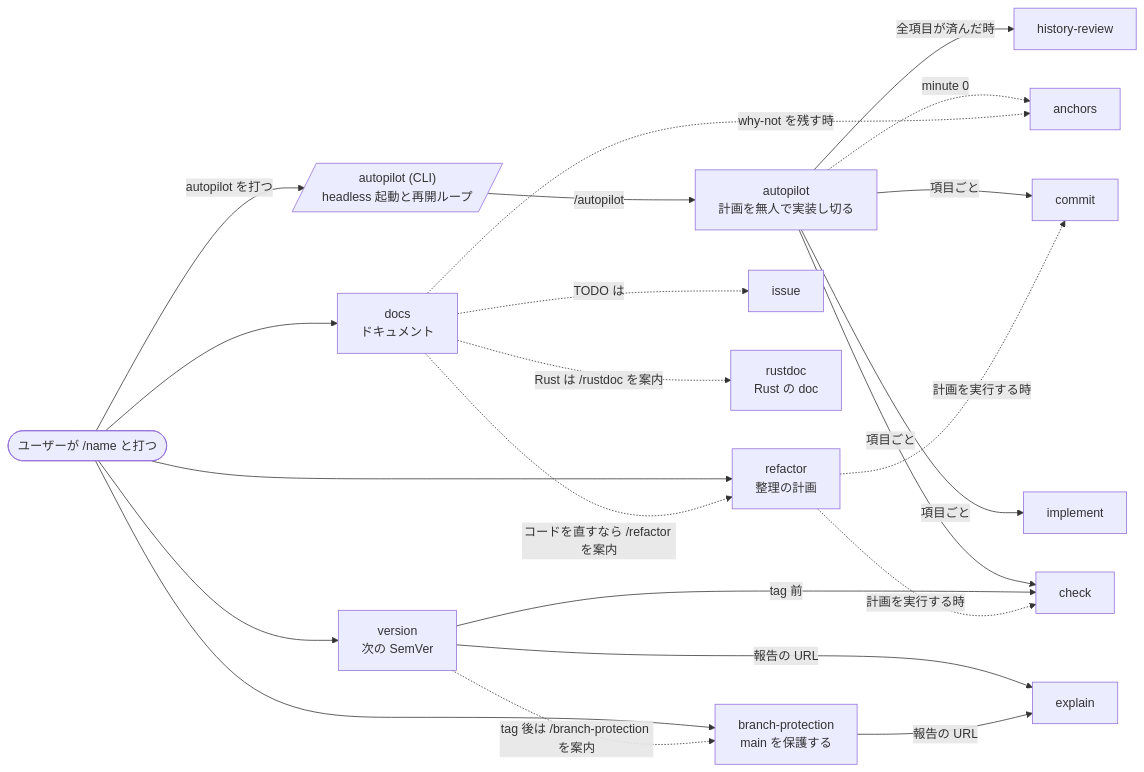
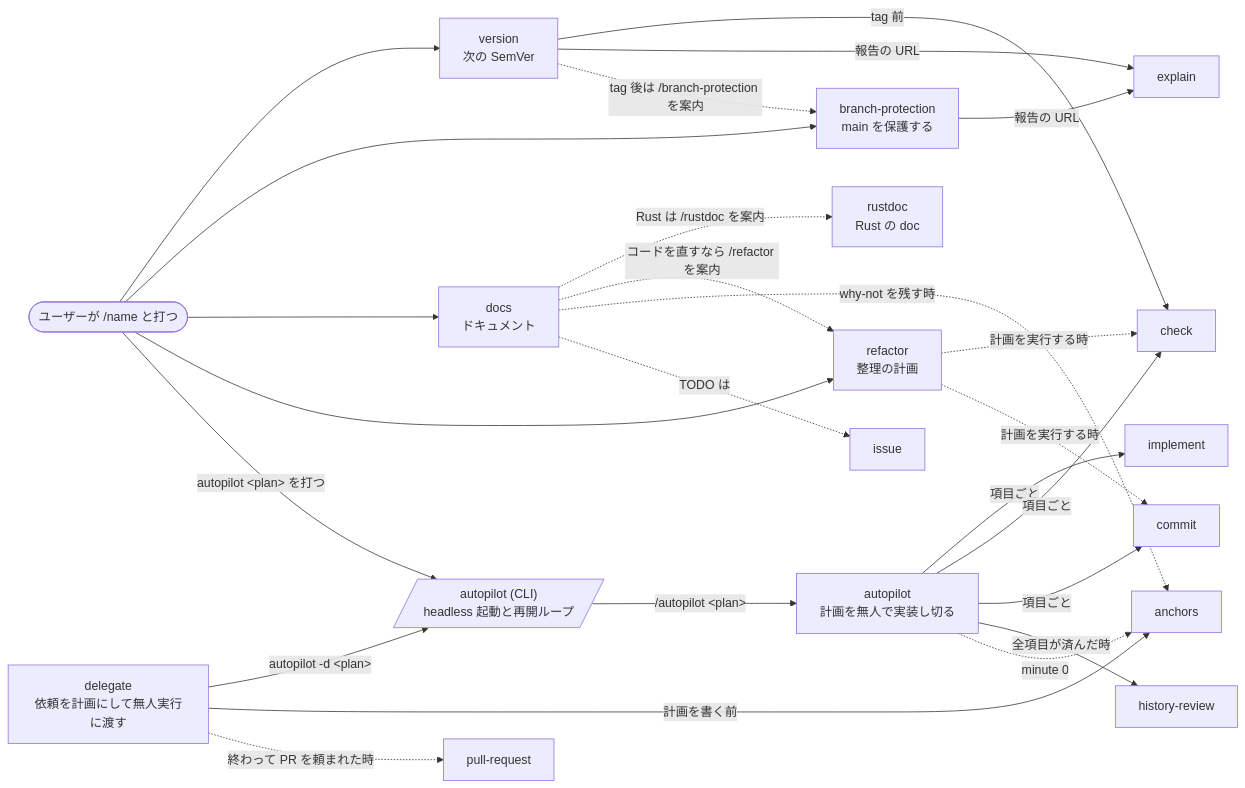
Before and after one commit to Xantibody/dotfiles: the second of 3 diagrams in configs/agents/README.md, drawn with Mermaid. The commit also changed other lines of this file and 2 other files, not shown here.

Commit message:
feat(agents): add the delegate skill to hand a request to autopilot
Starting a run took two manual steps: writing a .ai/plans/ checklist by
hand, then typing `autopilot <plan>` in a terminal left open for hours.
The point of autopilot is that the user gives one instruction and walks
away, so a normal Claude Code session now does both: the delegate skill
checks the tree is clean, reads the code the request touches, writes the
plan with its assumptions spelled out instead of asking, starts
`autopilot -d`, and ends the turn. Asked later, it reads the session tag,
the plan and the journal to report progress.

The model may load it on its own. The run commits locally and never
pushes, so it is the reconstruct kind of action, not the version kind.
A dirty tree is the one place it stops, because the run would commit on
top of someone else's edits.

The skill map gains the node and its edges; the `<plan>` labels are now
written as #lt;plan#gt; because mermaid was eating them as HTML.

````diff
--- a/configs/agents/README.md
+++ b/configs/agents/README.md
@@ -64,37 +64,42 @@
 ```mermaid
 flowchart LR
   user(["ユーザーが /name と打つ"])
   version["version<br/>次の SemVer"]
   bp["branch-protection<br/>main を保護する"]
   docs["docs<br/>ドキュメント"]
   refactor["refactor<br/>整理の計画"]
   check["check"]
   commit["commit"]
   explain["explain"]
   anchors["anchors"]
   issue["issue"]
   rustdoc["rustdoc<br/>Rust の doc"]
   autopilot["autopilot<br/>計画を無人で実装し切る"]
   implement["implement"]
   hr["history-review"]
   ap[/"autopilot (CLI)<br/>headless 起動と再開ループ"/]
+  delegate["delegate<br/>依頼を計画にして無人実行に渡す"]
+  pr["pull-request"]
 
   user --> version & bp & docs & refactor
-  user -->|"autopilot <plan> を打つ"| ap
-  ap -->|"/autopilot <plan>"| autopilot
+  user -->|"autopilot #lt;plan#gt; を打つ"| ap
+  delegate -->|"autopilot -d #lt;plan#gt;"| ap
+  delegate -->|"計画を書く前"| anchors
+  delegate -.->|"終わって PR を頼まれた時"| pr
+  ap -->|"/autopilot #lt;plan#gt;"| autopilot
   autopilot -->|"項目ごと"| implement
   autopilot -->|"項目ごと"| check
   autopilot -->|"項目ごと"| commit
   autopilot -->|"全項目が済んだ時"| hr
   autopilot -.->|"minute 0"| anchors
   version -->|"tag 前"| check
   version -->|"報告の URL"| explain
   version -.->|"tag 後は /branch-protection を案内"| bp
   bp -->|"報告の URL"| explain
   docs -.->|"Rust は /rustdoc を案内"| rustdoc
   docs -.->|"コードを直すなら /refactor を案内"| refactor
   docs -.->|"why-not を残す時"| anchors
   docs -.->|"TODO は"| issue
   refactor -.->|"計画を実行する時"| check
   refactor -.->|"計画を実行する時"| commit
 ```
````
